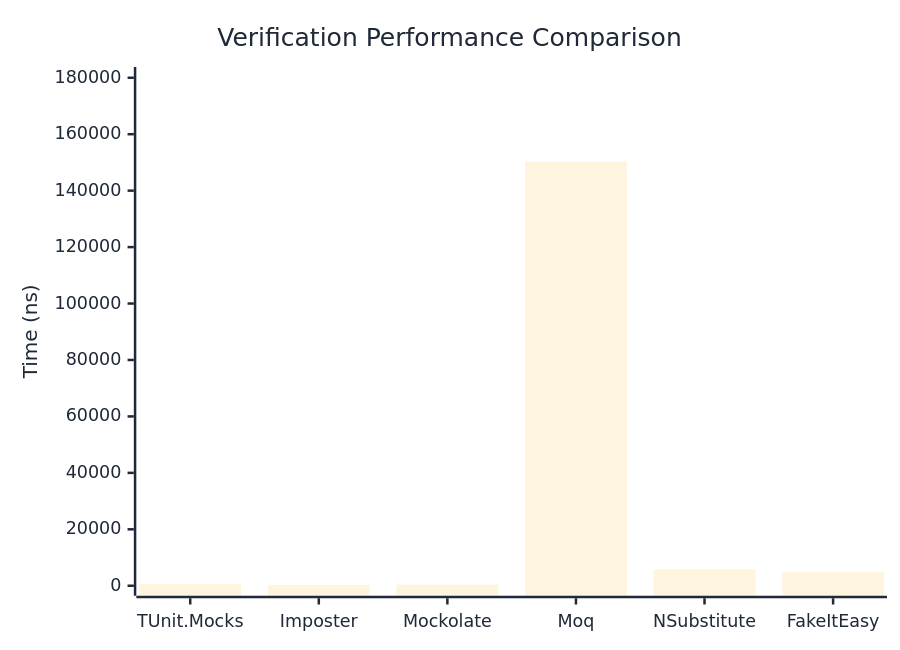
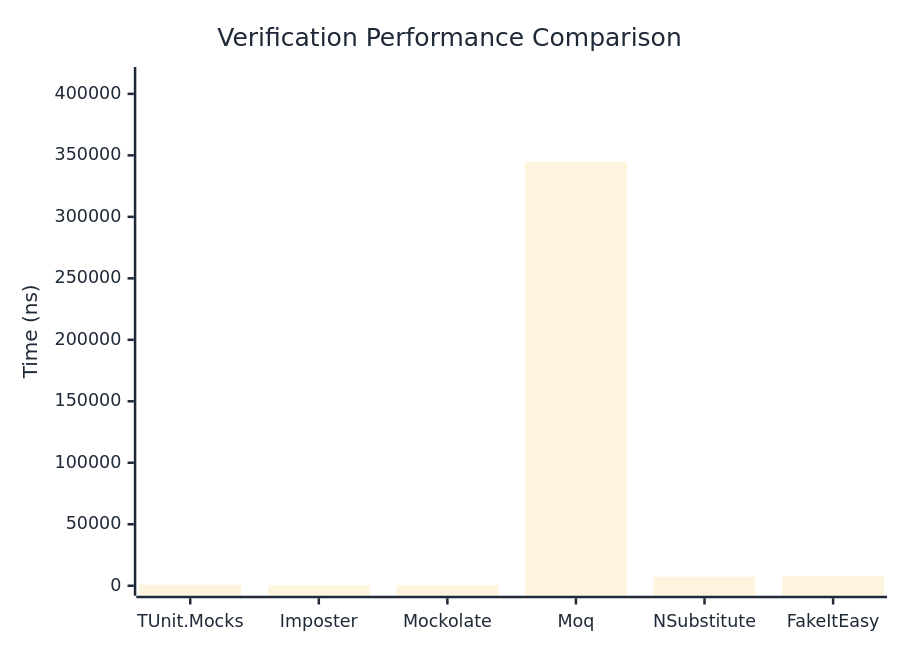
The first of 3 diagrams in docs/docs/benchmarks/mocks/Verification.md (thomhurst/TUnit), drawn with Mermaid before and after one commit. The commit also changed other lines of this file and 14 other files, not shown here.

````diff
--- a/docs/docs/benchmarks/mocks/Verification.md
+++ b/docs/docs/benchmarks/mocks/Verification.md
@@ -30,27 +30,27 @@
 ```mermaid
 %%{init: {
   'theme':'base',
   'themeVariables': {
     'primaryColor': '#2563eb',
     'primaryTextColor': '#1f2937',
     'primaryBorderColor': '#1e40af',
     'lineColor': '#6b7280',
     'secondaryColor': '#7c3aed',
     'tertiaryColor': '#dc2626',
     'background': '#ffffff',
     'pie1': '#2563eb',
     'pie2': '#7c3aed',
     'pie3': '#dc2626',
     'pie4': '#f59e0b',
     'pie5': '#10b981',
     'pie6': '#06b6d4',
     'pie7': '#ec4899',
     'pie8': '#6366f1'
   }
 }}%%
 xychart-beta
   title "Verification Performance Comparison"
   x-axis ["TUnit.Mocks", "Imposter", "Mockolate", "Moq", "NSubstitute", "FakeItEasy"]
-  y-axis "Time (ns)" 0 --> 180271
-  bar [662.2, 277.31, 387.27, 150225.12, 5801.47, 4829.9]
+  y-axis "Time (ns)" 0 --> 413723
+  bar [822.43, 306.92, 451.1, 344768.81, 7321.21, 7648.37]
 ```
````
